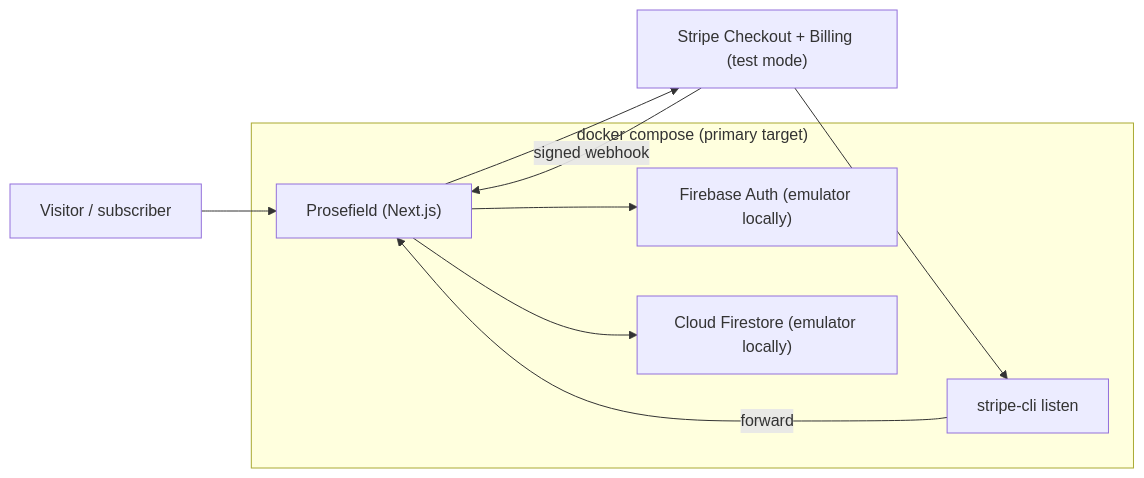
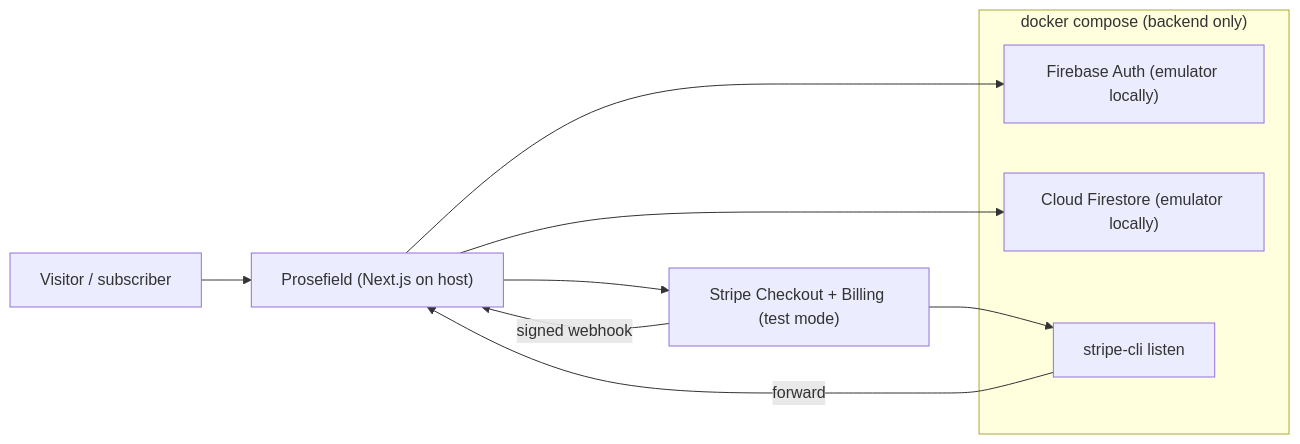
One commit to gassius/prosefield changed the first of 3 diagrams in docs/architecture.md. Above: the diagram before and after it, drawn with Mermaid. The commit also changed other lines of this file and 9 other files, not shown here.

First line of the commit message:
fix: run Firebase emulators via Docker only

````diff
--- a/docs/architecture.md
+++ b/docs/architecture.md
@@ -88,15 +88,14 @@
 ```mermaid
 flowchart LR
-    Visitor["Visitor / subscriber"] --> App["Prosefield (Next.js)"]
+    Visitor["Visitor / subscriber"] --> App["Prosefield (Next.js on host)"]
     App --> Auth["Firebase Auth (emulator locally)"]
     App --> DB["Cloud Firestore (emulator locally)"]
     App --> Stripe["Stripe Checkout + Billing (test mode)"]
     Stripe -->|"signed webhook"| App
-    subgraph Local["docker compose (primary target)"]
-      App
+    subgraph Local["docker compose (backend only)"]
       Auth
       DB
       CLI["stripe-cli listen"]
     end
     Stripe --> CLI -->|"forward"| App
 ```
````
